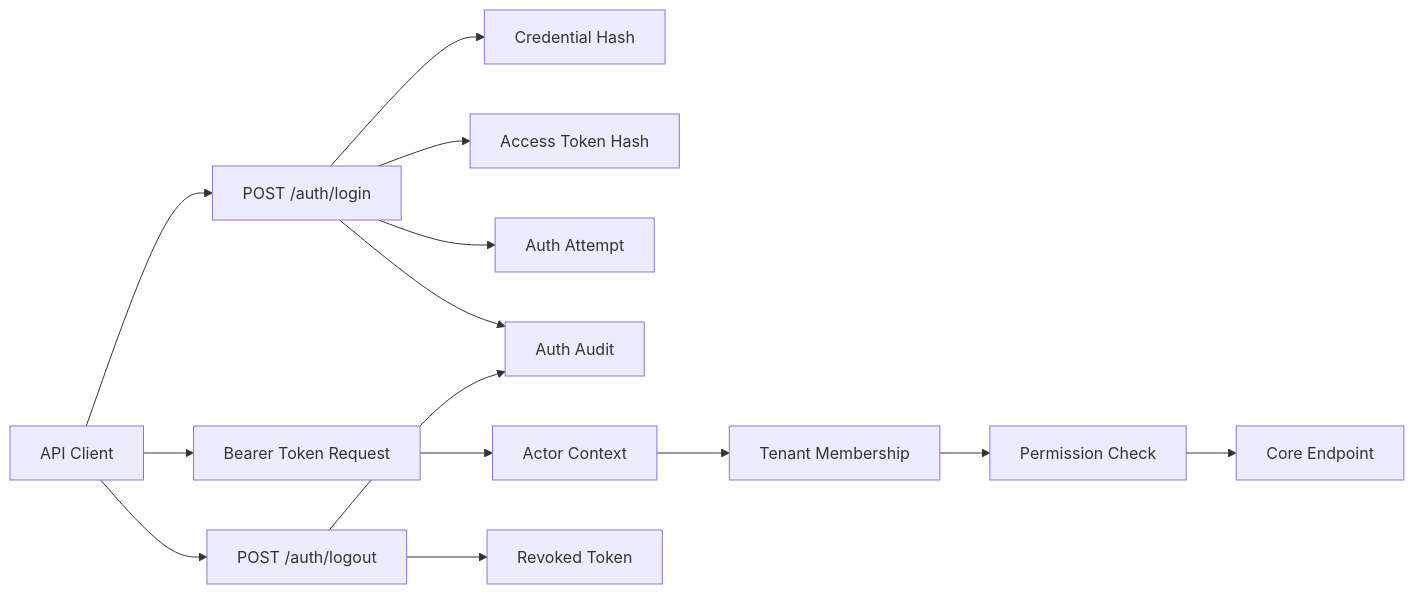
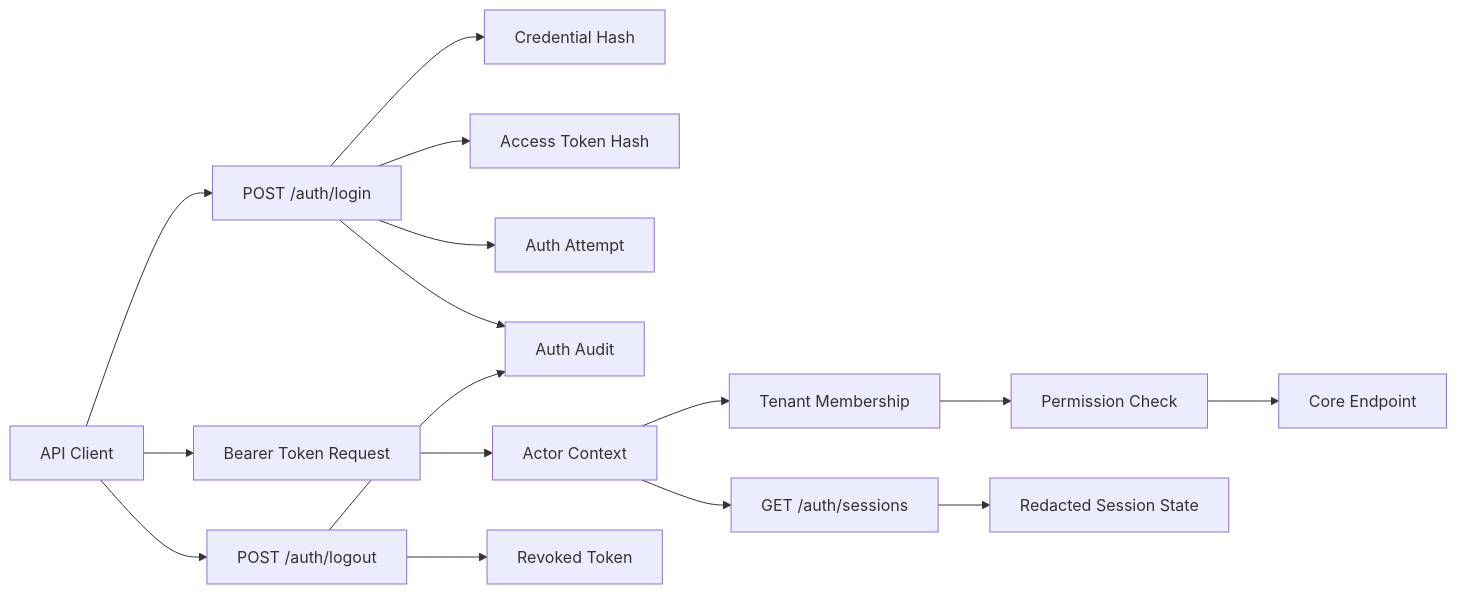
One commit to AlexGerlitz/drivedesk-core changed the third of 8 diagrams in docs/public/ARCHITECTURE_DIAGRAMS.md. Above: the diagram before and after it, drawn with Mermaid. The commit also changed 18 other files, not shown here.

Commit message:
Add auth session listing

````diff
--- a/docs/public/ARCHITECTURE_DIAGRAMS.md
+++ b/docs/public/ARCHITECTURE_DIAGRAMS.md
@@ -44,16 +44,18 @@
 ```mermaid
 flowchart LR
   Client["API Client"] --> Login["POST /auth/login"]
   Login --> UserHash["Credential Hash"]
   Login --> TokenHash["Access Token Hash"]
   Login --> Attempt["Auth Attempt"]
   Login --> Audit["Auth Audit"]
   Client --> Bearer["Bearer Token Request"]
   Bearer --> Actor["Actor Context"]
   Actor --> Membership["Tenant Membership"]
   Membership --> RBAC["Permission Check"]
   RBAC --> Endpoint["Core Endpoint"]
   Client --> Logout["POST /auth/logout"]
   Logout --> Revoked["Revoked Token"]
   Logout --> Audit
+  Actor --> Sessions["GET /auth/sessions"]
+  Sessions --> Redacted["Redacted Session State"]
 ```
````
